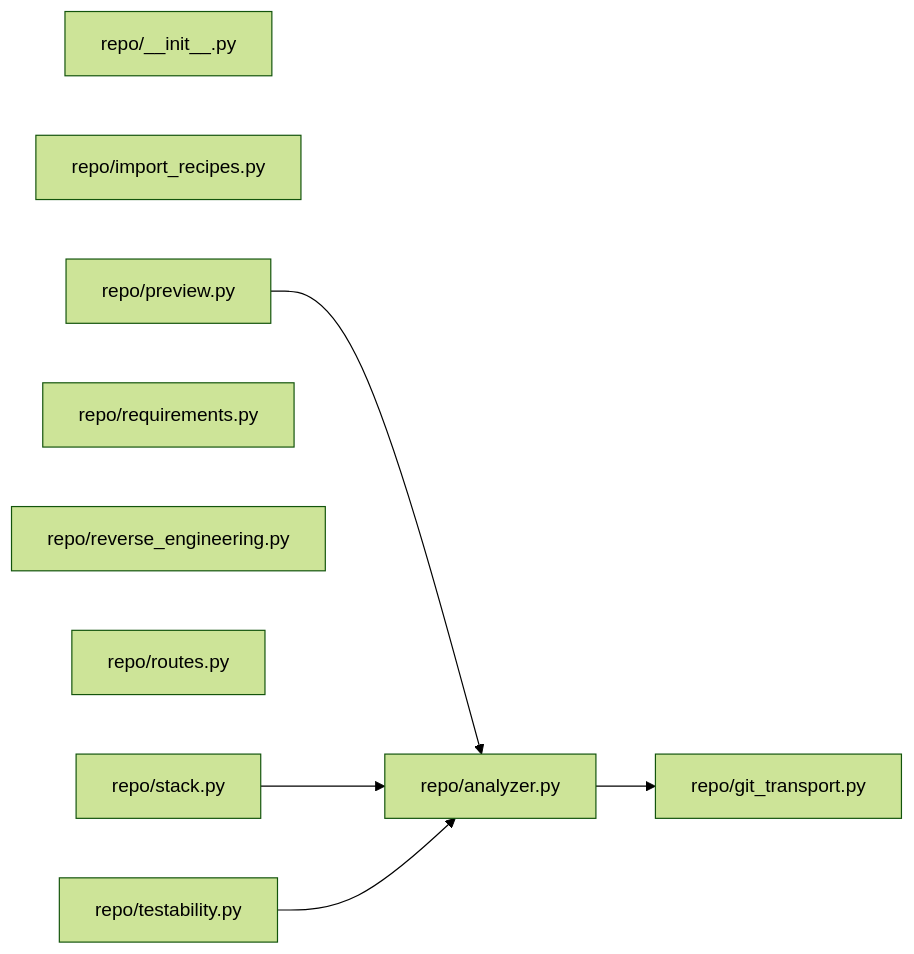
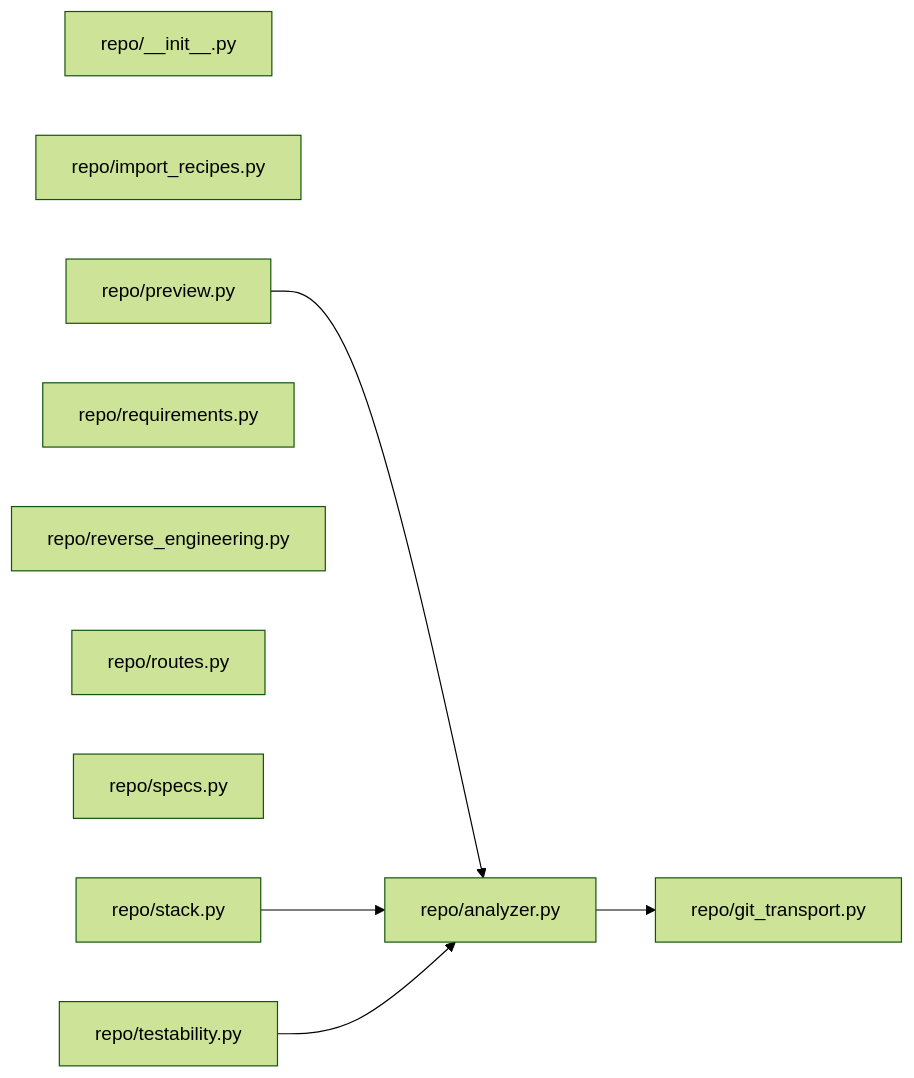
Diagram 15 of 21 in docs/ARCHITECTURE_MAP.md (sarveshtalele/maf-harness-testing), drawn with Mermaid (forest theme) before and after one commit. The commit also changed other lines of this file and 19 other files, not shown here.

Commit message:
Greenfield specs: document/Jira intake, spec-authoring skill, specs to requirements, no-repo scaffold

````diff
--- a/docs/ARCHITECTURE_MAP.md
+++ b/docs/ARCHITECTURE_MAP.md
@@ -380,17 +381,18 @@
 ```mermaid
 flowchart LR
   f0["repo/__init__.py"]
   f1["repo/analyzer.py"]
   f2["repo/git_transport.py"]
   f3["repo/import_recipes.py"]
   f4["repo/preview.py"]
   f5["repo/requirements.py"]
   f6["repo/reverse_engineering.py"]
   f7["repo/routes.py"]
-  f8["repo/stack.py"]
-  f9["repo/testability.py"]
+  f8["repo/specs.py"]
+  f9["repo/stack.py"]
+  f10["repo/testability.py"]
   f1 --> f2
   f4 --> f1
-  f8 --> f1
   f9 --> f1
+  f10 --> f1
 ```
````
